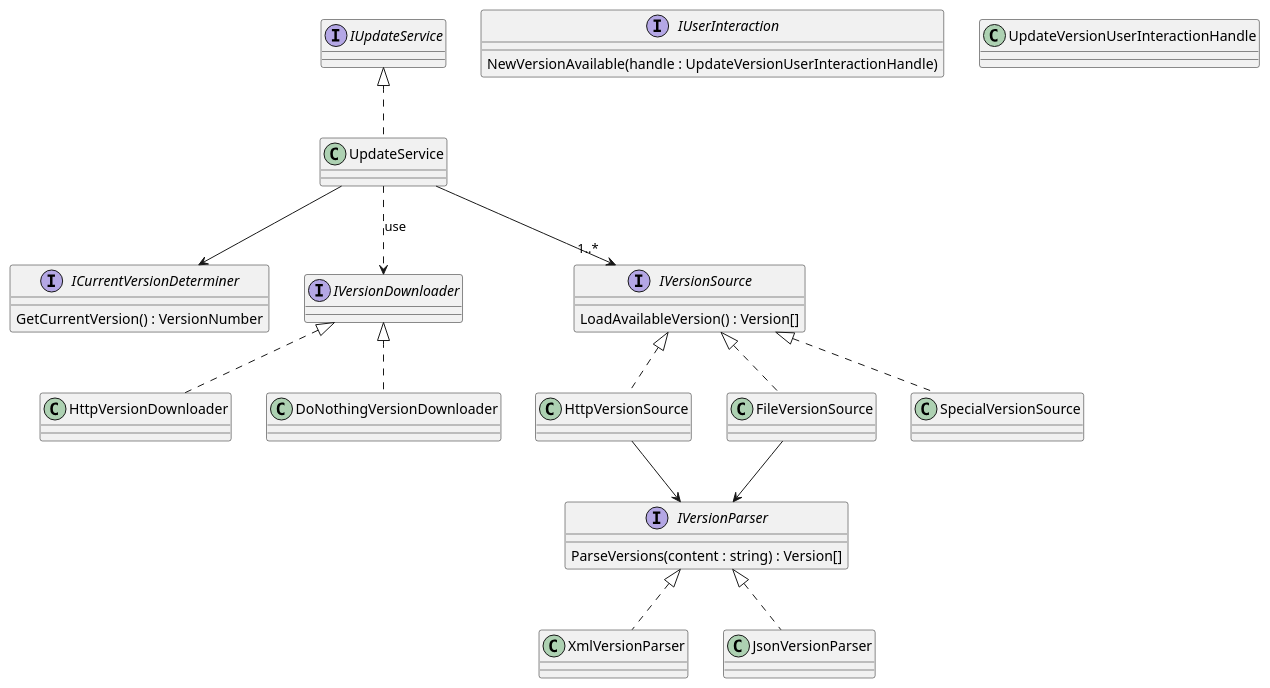
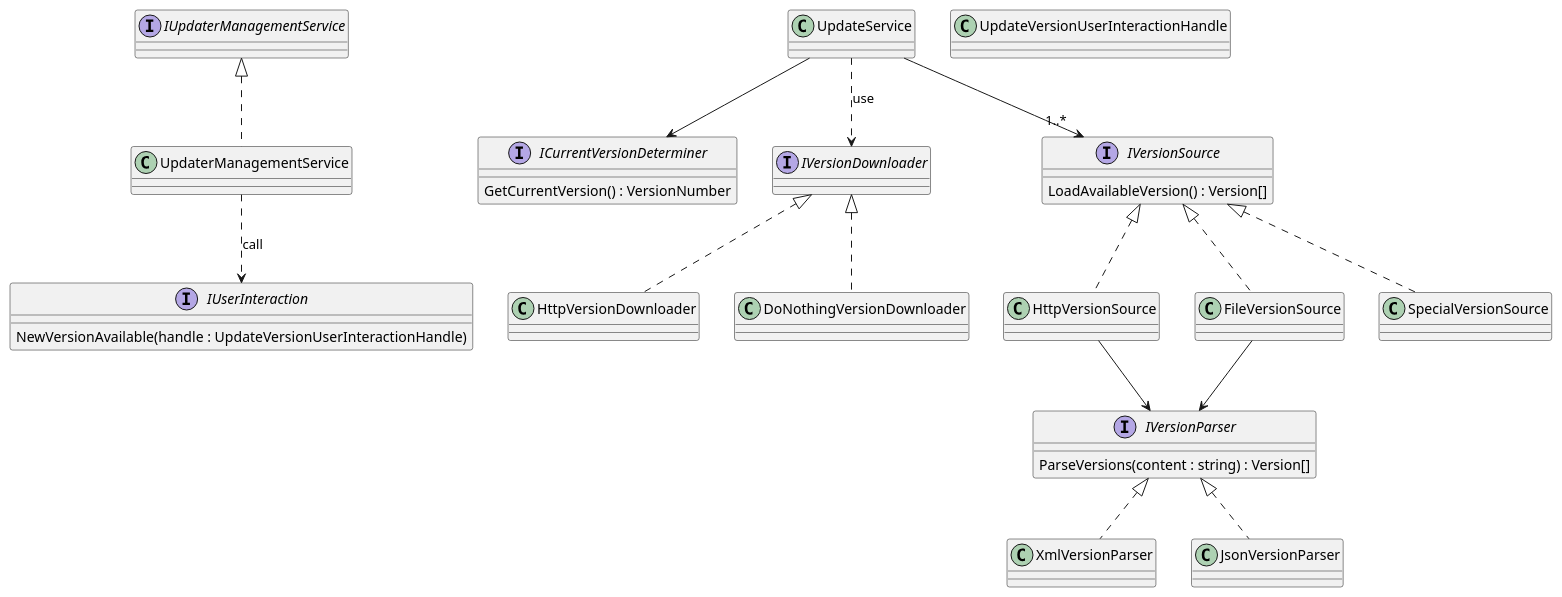
Before and after one commit to jasase/autoupdate.net: the diagram in doc/diagrams/services.md, drawn with PlantUML. The commit also changed 1 other file, not shown here.

Commit message:
Extended diagrams

```diff
--- a/doc/diagrams/services.md
+++ b/doc/diagrams/services.md
@@ -1,71 +1,72 @@
 @startuml
 
-interface IUpdateService {
+interface IUpdaterManagementService {
     
 }
-class UpdateService {
+class UpdaterManagementService {
     
 }
-IUpdateService <|.. UpdateService
+IUpdaterManagementService <|.. UpdaterManagementService
 
 
 interface ICurrentVersionDeterminer {
     GetCurrentVersion() : VersionNumber
 }
 
 
 
 interface IVersionDownloader {
 
 }
 class HttpVersionDownloader {
 
 }
 class DoNothingVersionDownloader {
     
 }
 IVersionDownloader <|.. HttpVersionDownloader
 IVersionDownloader <|.. DoNothingVersionDownloader
 
 
 interface IVersionSource {
     LoadAvailableVersion() : Version[]
 }
 class HttpVersionSource { 
 }
 class FileVersionSource { 
 }
 class SpecialVersionSource { 
 }
 IVersionSource <|.. HttpVersionSource
 IVersionSource <|.. FileVersionSource
 IVersionSource <|.. SpecialVersionSource
 
 
 interface IVersionParser {
     ParseVersions(content : string) : Version[]
 }
 class XmlVersionParser { 
 }
 class JsonVersionParser { 
 }
 IVersionParser <|.. XmlVersionParser
 IVersionParser <|.. JsonVersionParser
 
 
 HttpVersionSource --> IVersionParser
 FileVersionSource --> IVersionParser
 
 UpdateService --> "1..*" IVersionSource
 UpdateService --> ICurrentVersionDeterminer
 UpdateService ..> IVersionDownloader : use
 
 interface IUserInteraction {
     NewVersionAvailable(handle : UpdateVersionUserInteractionHandle)
 }
 class UpdateVersionUserInteractionHandle {
 
 }
+UpdaterManagementService ..> IUserInteraction : call
 
 
 @enduml
```
